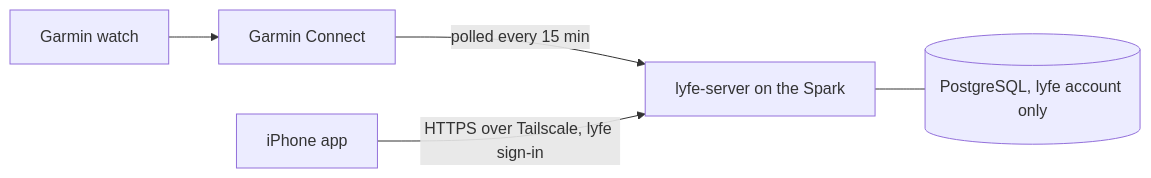
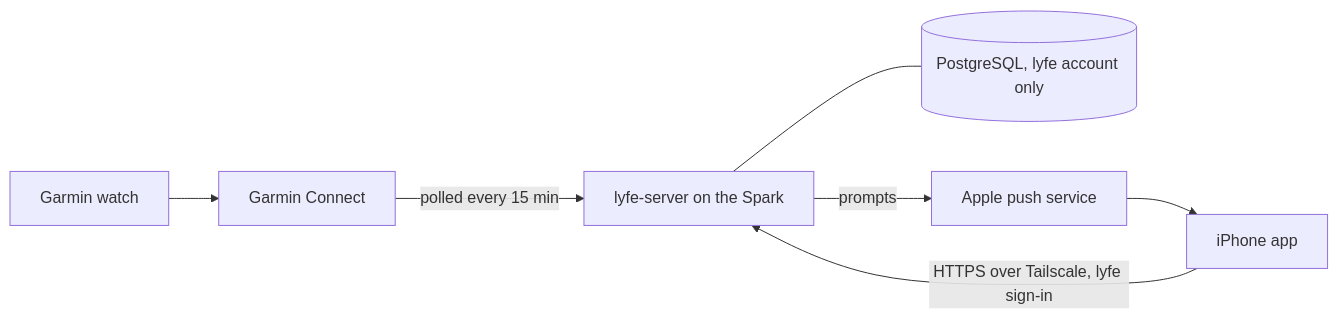
Before and after one commit to EduardKakosyan/lyfe: the diagram in README.md, drawn with Mermaid. The commit also changed other lines of this file and 29 other files, not shown here.

````diff
--- a/README.md
+++ b/README.md
@@ -18,7 +18,8 @@
 ```mermaid
 flowchart LR
     watch[Garmin watch] --> garmin[Garmin Connect]
     garmin -- polled every 15 min --> server[lyfe-server on the Spark]
     server --- db[(PostgreSQL, lyfe account only)]
     phone[iPhone app] -- HTTPS over Tailscale, lyfe sign-in --> server
+    server -- prompts --> apple[Apple push service] --> phone
 ```
````
